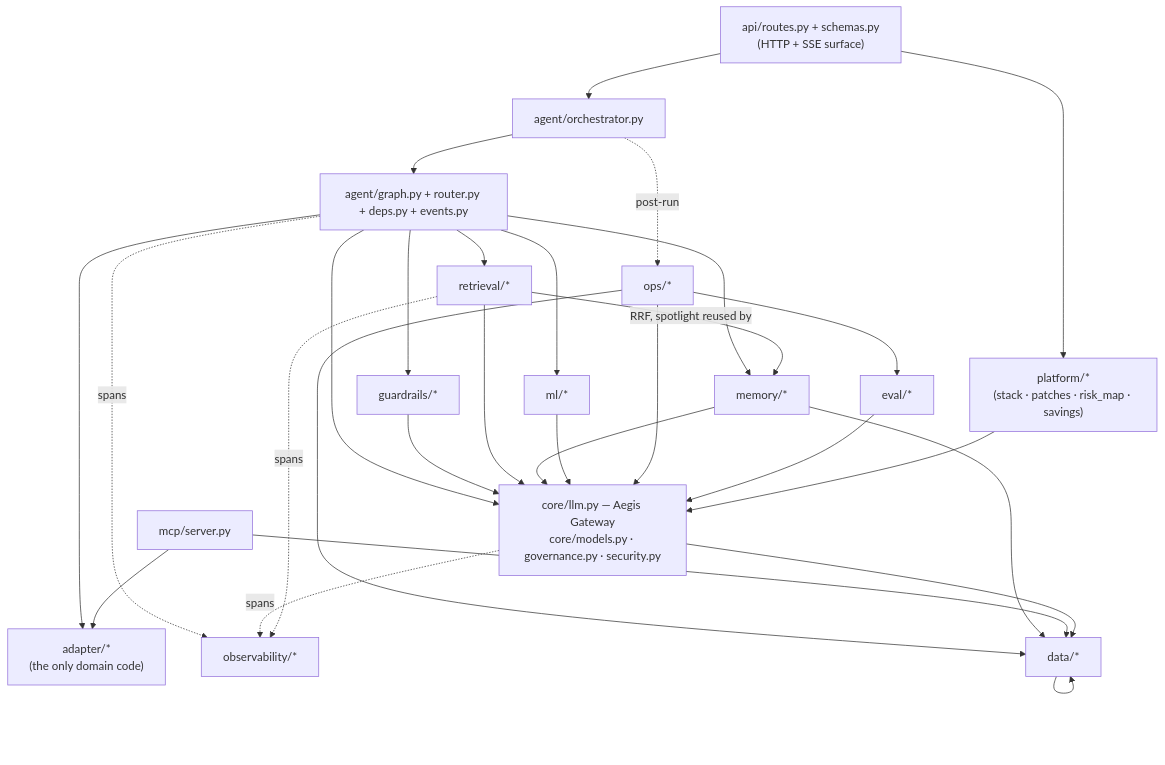
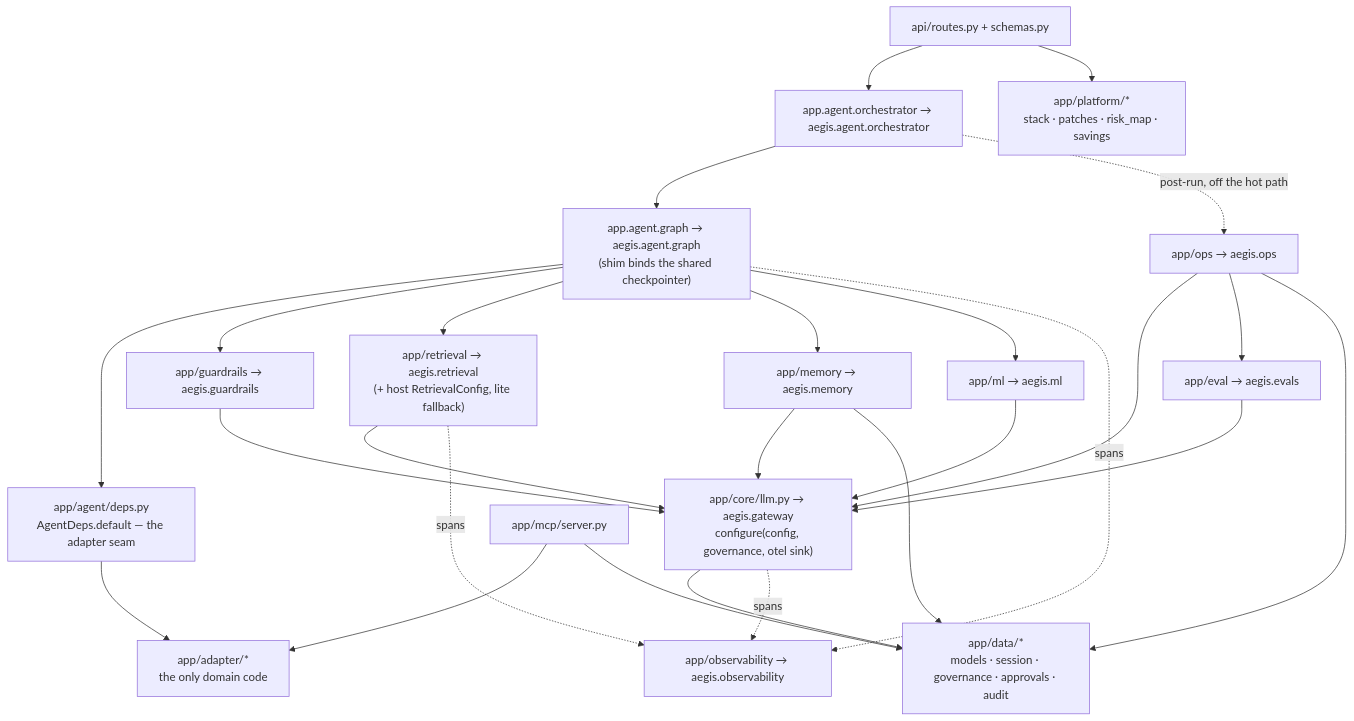
Before and after one commit to yrevash/aegis: the third of 4 diagrams in docs/learn/20-backend.md, drawn with Mermaid. The commit also changed other lines of this file and 116 other files, not shown here.

````diff
--- a/docs/learn/20-backend.md
+++ b/docs/learn/20-backend.md
@@ -11,34 +183,31 @@
 ```mermaid
 flowchart TB
-    API["api/routes.py + schemas.py<br/>(HTTP + SSE surface)"]
-    ORC["agent/orchestrator.py"]
-    G["agent/graph.py + router.py + deps.py + events.py"]
-    ADP["adapter/*<br/>(the only domain code)"]
+    API["api/routes.py + schemas.py"]
+    ORC["app.agent.orchestrator → aegis.agent.orchestrator"]
+    G["app.agent.graph → aegis.agent.graph<br/>(shim binds the shared checkpointer)"]
+    DEPS["app/agent/deps.py<br/>AgentDeps.default — the adapter seam"]
+    ADP["app/adapter/*<br/>the only domain code"]
 
-    GW["core/llm.py — Aegis Gateway<br/>core/models.py · governance.py · security.py"]
-    GRD["guardrails/*"]
-    RET["retrieval/*"]
-    MEM["memory/*"]
-    ML["ml/*"]
-    OPS["ops/*"]
-    EVAL["eval/*"]
-    OBS["observability/*"]
-    DATA["data/*"]
-    MCP["mcp/server.py"]
-    PLAT["platform/*<br/>(stack · patches · risk_map · savings)"]
+    GW["app/core/llm.py → aegis.gateway<br/>configure(config, governance, otel sink)"]
+    GRD["app/guardrails → aegis.guardrails"]
+    RET["app/retrieval → aegis.retrieval<br/>(+ host RetrievalConfig, lite fallback)"]
+    MEM["app/memory → aegis.memory"]
+    ML["app/ml → aegis.ml"]
+    OPS["app/ops → aegis.ops"]
+    EVAL["app/eval → aegis.evals"]
+    OBS["app/observability → aegis.observability"]
+    DATA["app/data/*<br/>models · session · governance · approvals · audit"]
+    PLAT["app/platform/*<br/>stack · patches · risk_map · savings"]
+    MCP["app/mcp/server.py"]
 
-    API --> ORC --> G
+    API --> ORC --> G --> DEPS --> ADP
     API --> PLAT
-    G --> GRD & RET & MEM & ML & ADP
-    G --> GW
+    G --> GRD & RET & MEM & ML
     GRD & RET & MEM & ML & OPS & EVAL --> GW
-    RET -->|RRF, spotlight reused by| MEM
-    ORC -.post-run.-> OPS
+    GW --> DATA
+    ORC -.->|"post-run, off the hot path"| OPS
     OPS --> EVAL
-    OPS & MEM & DATA --> DATA
-    G & GW & RET -.spans.-> OBS
-    MCP --> ADP
-    MCP --> DATA
-    GW --> DATA
-    PLAT --> GW
+    OPS & MEM --> DATA
+    G & GW & RET -.->|"spans"| OBS
+    MCP --> ADP & DATA
 ```
````
